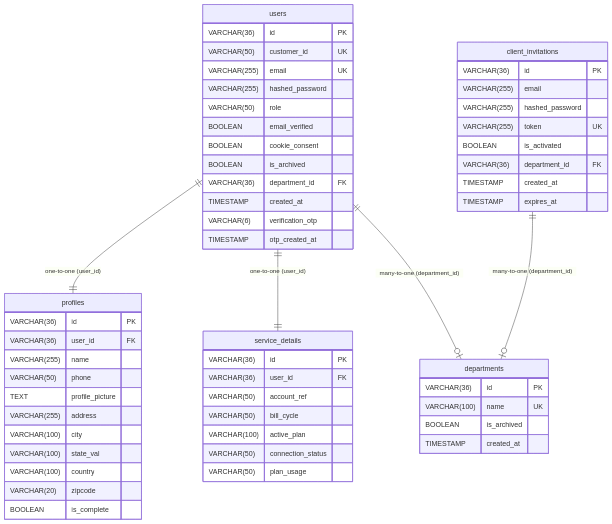
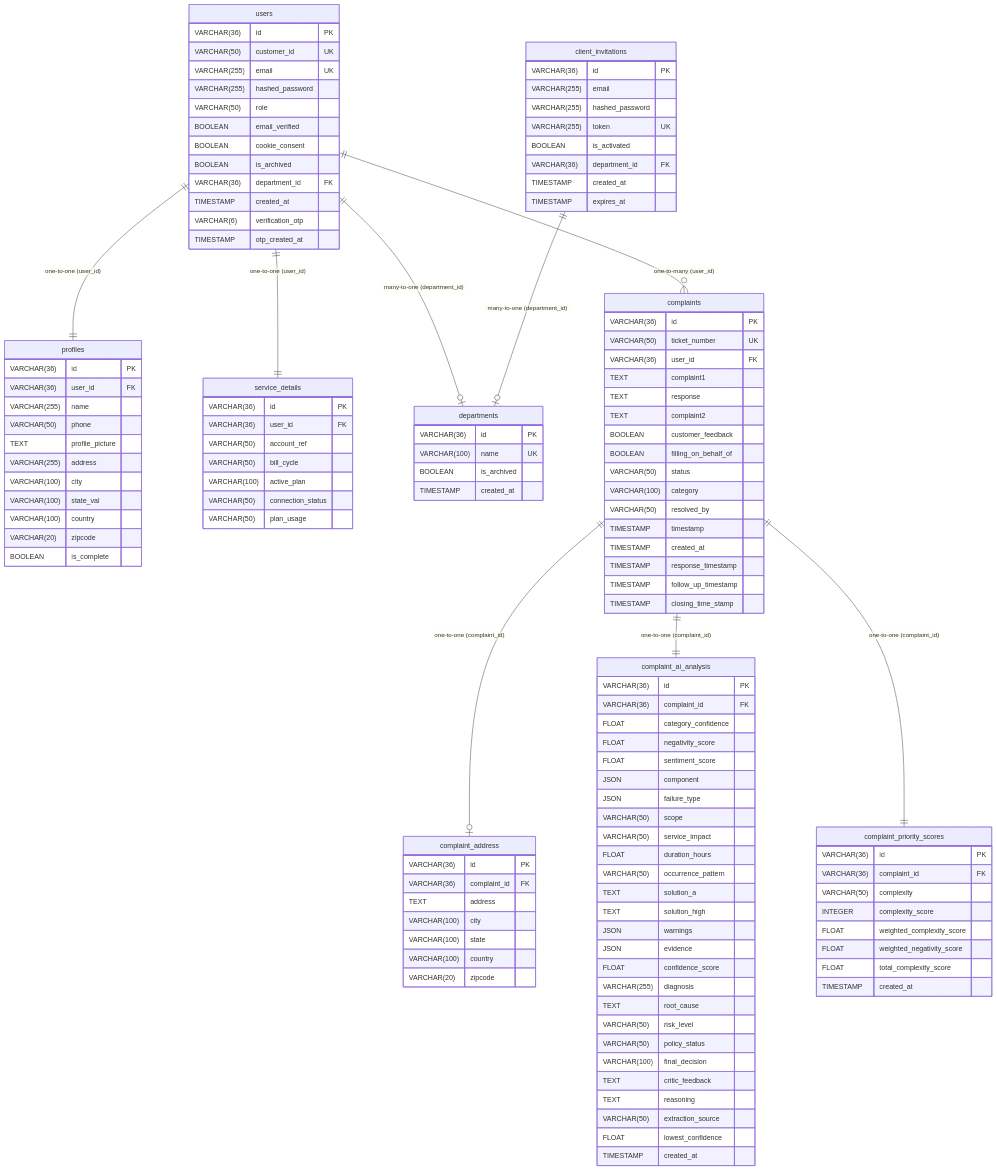
Before and after one commit to telecom-complaint-intelligence/telecom-backend: the first of 5 diagrams in docs/database_and_backend_flow.md, drawn with Mermaid. The commit also changed other lines of this file, not shown here.

````diff
--- a/docs/database_and_backend_flow.md
+++ b/docs/database_and_backend_flow.md
@@ -11,5 +11,14 @@
 ```mermaid
 erDiagram
+    users ||--|| profiles : "one-to-one (user_id)"
+    users ||--|| service_details : "one-to-one (user_id)"
+    users ||--o| departments : "many-to-one (department_id)"
+    users ||--o{ complaints : "one-to-many (user_id)"
+    client_invitations ||--o| departments : "many-to-one (department_id)"
+    complaints ||--o| complaint_address : "one-to-one (complaint_id)"
+    complaints ||--|| complaint_ai_analysis : "one-to-one (complaint_id)"
+    complaints ||--|| complaint_priority_scores : "one-to-one (complaint_id)"
+
     users {
         VARCHAR(36) id PK
         VARCHAR(50) customer_id UK
@@ -62,9 +71,69 @@
         TIMESTAMP created_at
         TIMESTAMP expires_at
     }
-
-    users ||--|| profiles : "one-to-one (user_id)"
-    users ||--|| service_details : "one-to-one (user_id)"
-    users ||--o| departments : "many-to-one (department_id)"
-    client_invitations ||--o| departments : "many-to-one (department_id)"
+    complaints {
+        VARCHAR(36) id PK
+        VARCHAR(50) ticket_number UK
+        VARCHAR(36) user_id FK
+        TEXT complaint1
+        TEXT response
+        TEXT complaint2
+        BOOLEAN customer_feedback
+        BOOLEAN filling_on_behalf_of
+        VARCHAR(50) status
+        VARCHAR(100) category
+        VARCHAR(50) resolved_by
+        TIMESTAMP timestamp
+        TIMESTAMP created_at
+        TIMESTAMP response_timestamp
+        TIMESTAMP follow_up_timestamp
+        TIMESTAMP closing_time_stamp
+    }
+    complaint_address {
+        VARCHAR(36) id PK
+        VARCHAR(36) complaint_id FK
+        TEXT address
+        VARCHAR(100) city
+        VARCHAR(100) state
+        VARCHAR(100) country
+        VARCHAR(20) zipcode
+    }
+    complaint_ai_analysis {
+        VARCHAR(36) id PK
+        VARCHAR(36) complaint_id FK
+        FLOAT category_confidence
+        FLOAT negativity_score
+        FLOAT sentiment_score
+        JSON component
+        JSON failure_type
+        VARCHAR(50) scope
+        VARCHAR(50) service_impact
+        FLOAT duration_hours
+        VARCHAR(50) occurrence_pattern
+        TEXT solution_a
+        TEXT solution_high
+        JSON warnings
+        JSON evidence
+        FLOAT confidence_score
+        VARCHAR(255) diagnosis
+        TEXT root_cause
+        VARCHAR(50) risk_level
+        VARCHAR(50) policy_status
+        VARCHAR(100) final_decision
+        TEXT critic_feedback
+        TEXT reasoning
+        VARCHAR(50) extraction_source
+        FLOAT lowest_confidence
+        TIMESTAMP created_at
+    }
+    complaint_priority_scores {
+        VARCHAR(36) id PK
+        VARCHAR(36) complaint_id FK
+        VARCHAR(50) complexity
+        INTEGER complexity_score
+        FLOAT weighted_complexity_score
+        FLOAT weighted_negativity_score
+        FLOAT total_complexity_score
+        TIMESTAMP created_at
+    }
 ```
````
